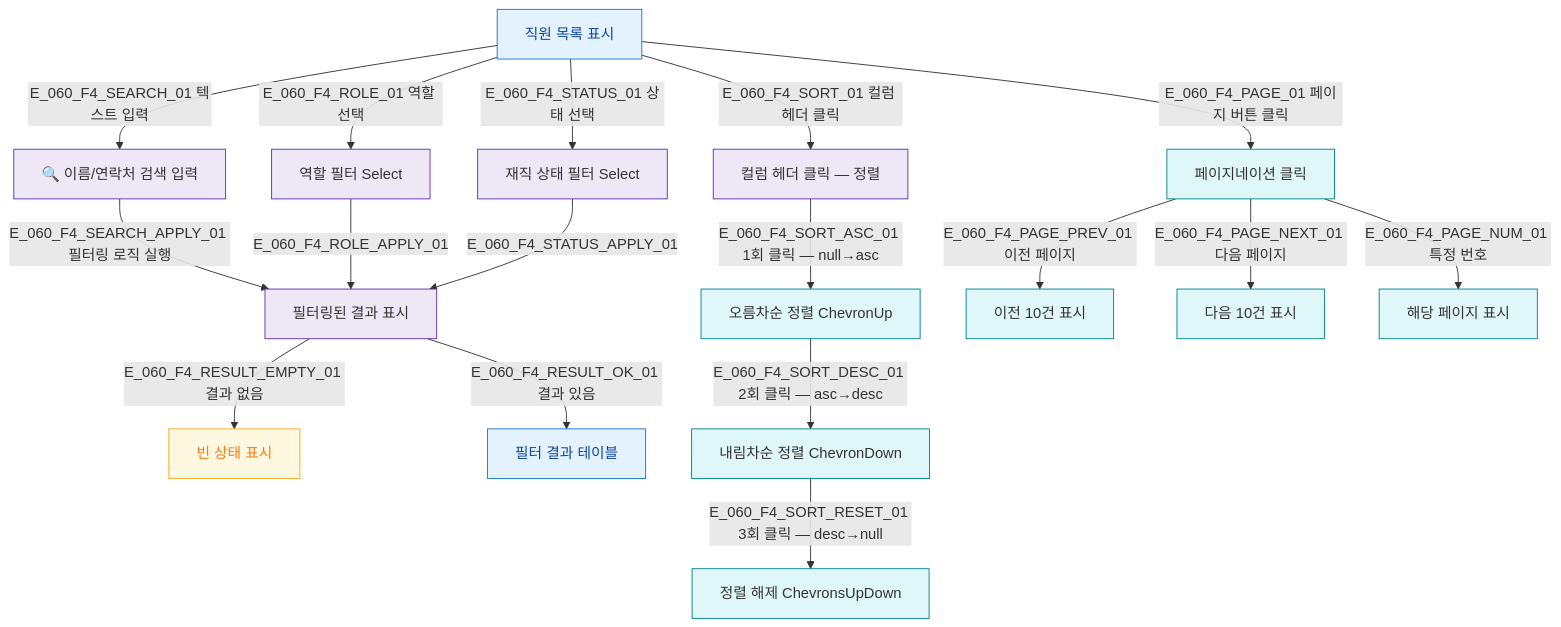
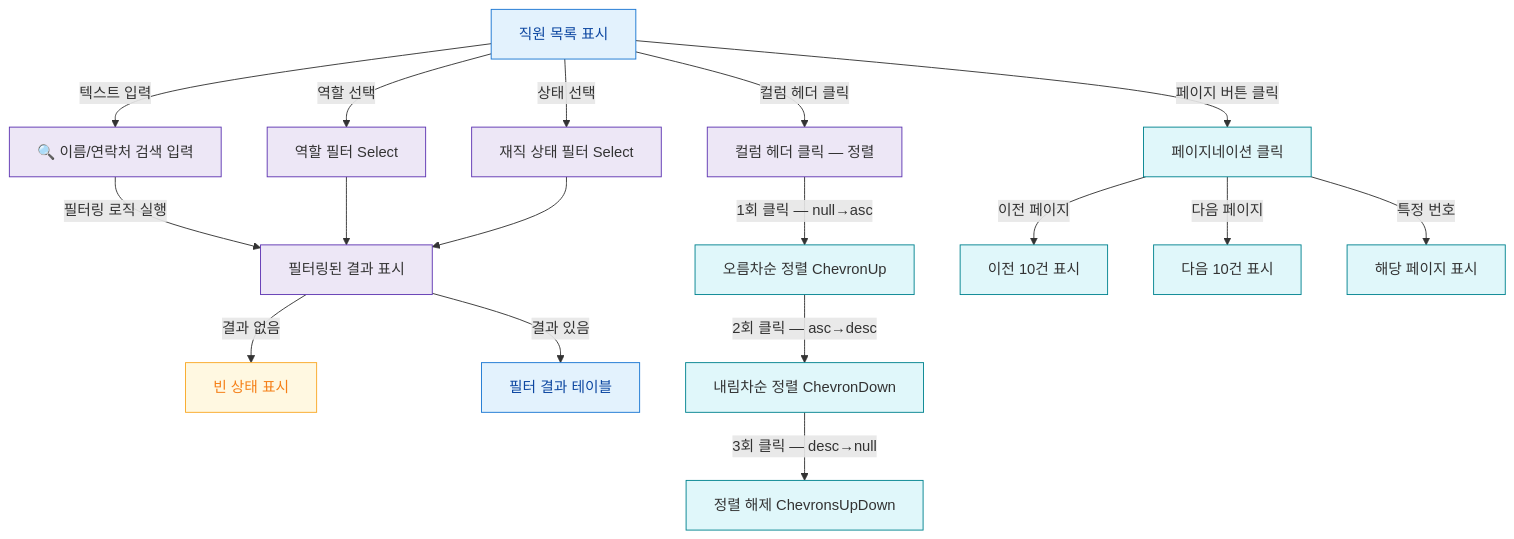
Before and after one commit to dev-spogym/admin-pando: the diagram in docs/다이어그램/D07_직원관리/SCR-060_직원목록/F4_필터검색정렬.md, drawn with Mermaid. The commit also changed other lines of this file and 1660 other files, not shown here.

First line of the commit message:
다이어그램: 기획자/클라이언트 납품본으로 정리

````diff
--- a/docs/다이어그램/D07_직원관리/SCR-060_직원목록/F4_필터검색정렬.md
+++ b/docs/다이어그램/D07_직원관리/SCR-060_직원목록/F4_필터검색정렬.md
@@ -22,41 +20,41 @@
 ```mermaid
 flowchart TD
   LIST[직원 목록 표시]
 
   SEARCH[🔍 이름/연락처 검색 입력]
   FILTER_ROLE[역할 필터 Select]
   FILTER_STATUS[재직 상태 필터 Select]
   SORT[컬럼 헤더 클릭 — 정렬]
   PAGE[페이지네이션 클릭]
 
-  LIST -->|E_060_F4_SEARCH_01 텍스트 입력| SEARCH
-  LIST -->|E_060_F4_ROLE_01 역할 선택| FILTER_ROLE
-  LIST -->|E_060_F4_STATUS_01 상태 선택| FILTER_STATUS
-  LIST -->|E_060_F4_SORT_01 컬럼 헤더 클릭| SORT
-  LIST -->|E_060_F4_PAGE_01 페이지 버튼 클릭| PAGE
+  LIST -->|텍스트 입력|SEARCH
+  LIST -->|역할 선택|FILTER_ROLE
+  LIST -->|상태 선택|FILTER_STATUS
+  LIST -->|컬럼 헤더 클릭|SORT
+  LIST -->|페이지 버튼 클릭|PAGE
 
-  SEARCH -->|E_060_F4_SEARCH_APPLY_01 필터링 로직 실행| FILTERED[필터링된 결과 표시]
-  FILTER_ROLE -->|E_060_F4_ROLE_APPLY_01| FILTERED
-  FILTER_STATUS -->|E_060_F4_STATUS_APPLY_01| FILTERED
+  SEARCH -->|필터링 로직 실행|FILTERED[필터링된 결과 표시]
+  FILTER_ROLE --> FILTERED
+  FILTER_STATUS --> FILTERED
 
-  FILTERED -->|E_060_F4_RESULT_EMPTY_01 결과 없음| EMPTY[빈 상태 표시]
-  FILTERED -->|E_060_F4_RESULT_OK_01 결과 있음| RESULT[필터 결과 테이블]
+  FILTERED -->|결과 없음|EMPTY[빈 상태 표시]
+  FILTERED -->|결과 있음|RESULT[필터 결과 테이블]
 
-  SORT -->|E_060_F4_SORT_ASC_01 1회 클릭 — null→asc| SORT_ASC[오름차순 정렬 ChevronUp]
-  SORT_ASC -->|E_060_F4_SORT_DESC_01 2회 클릭 — asc→desc| SORT_DESC[내림차순 정렬 ChevronDown]
-  SORT_DESC -->|E_060_F4_SORT_RESET_01 3회 클릭 — desc→null| SORT_RESET[정렬 해제 ChevronsUpDown]
+  SORT -->|1회 클릭 — null→asc|SORT_ASC[오름차순 정렬 ChevronUp]
+  SORT_ASC -->|2회 클릭 — asc→desc|SORT_DESC[내림차순 정렬 ChevronDown]
+  SORT_DESC -->|3회 클릭 — desc→null|SORT_RESET[정렬 해제 ChevronsUpDown]
 
-  PAGE -->|E_060_F4_PAGE_PREV_01 이전 페이지| PAGE_PREV[이전 10건 표시]
-  PAGE -->|E_060_F4_PAGE_NEXT_01 다음 페이지| PAGE_NEXT[다음 10건 표시]
-  PAGE -->|E_060_F4_PAGE_NUM_01 특정 번호| PAGE_NUM[해당 페이지 표시]
+  PAGE -->|이전 페이지|PAGE_PREV[이전 10건 표시]
+  PAGE -->|다음 페이지|PAGE_NEXT[다음 10건 표시]
+  PAGE -->|특정 번호|PAGE_NUM[해당 페이지 표시]
 
-  classDef screen  fill:#E3F2FD,stroke:#1976D2,color:#0D47A1
-  classDef system  fill:#EDE7F6,stroke:#5E35B2
+  classDef screen fill:#E3F2FD,stroke:#1976D2,color:#0D47A1
+  classDef system fill:#EDE7F6,stroke:#5E35B2
   classDef warning fill:#FFF8E1,stroke:#F9A825,color:#F57F17
-  classDef info    fill:#E0F7FA,stroke:#00838F
+  classDef info fill:#E0F7FA,stroke:#00838F
 
   class LIST,RESULT screen
   class SEARCH,FILTER_ROLE,FILTER_STATUS,SORT,FILTERED system
   class EMPTY warning
   class PAGE,PAGE_PREV,PAGE_NEXT,PAGE_NUM,SORT_ASC,SORT_DESC,SORT_RESET info
 ```
````
